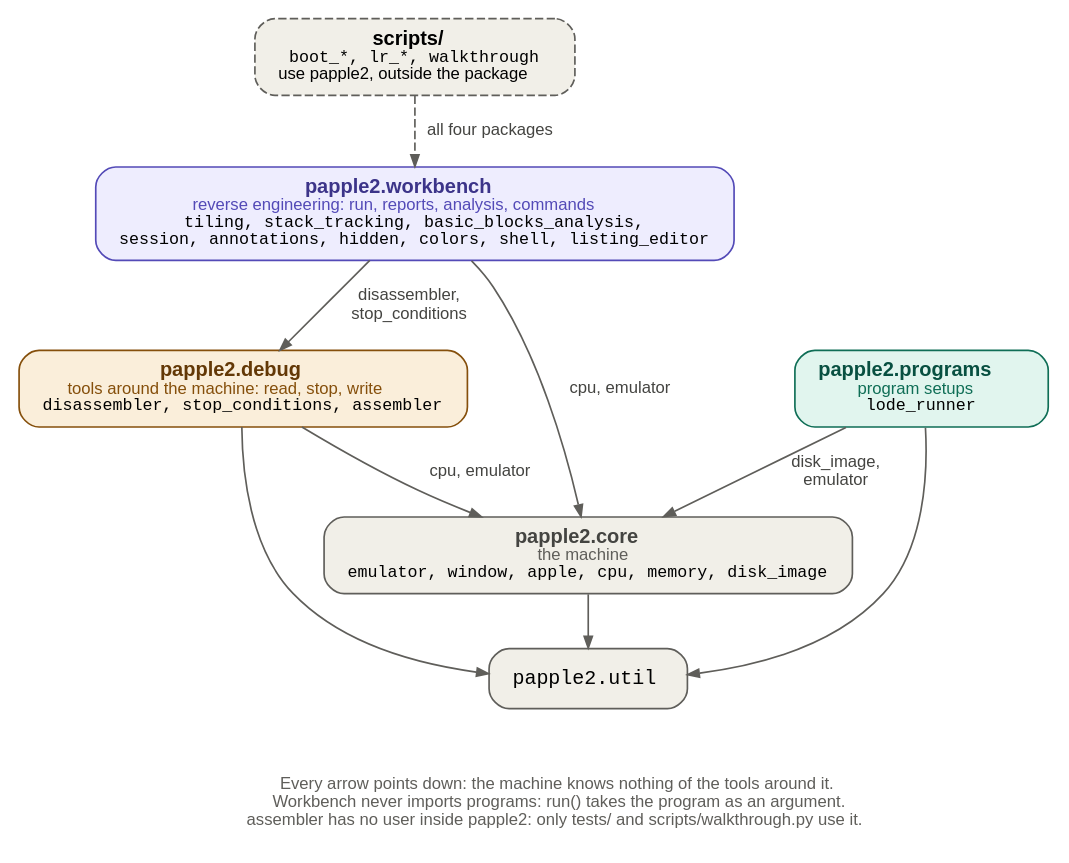
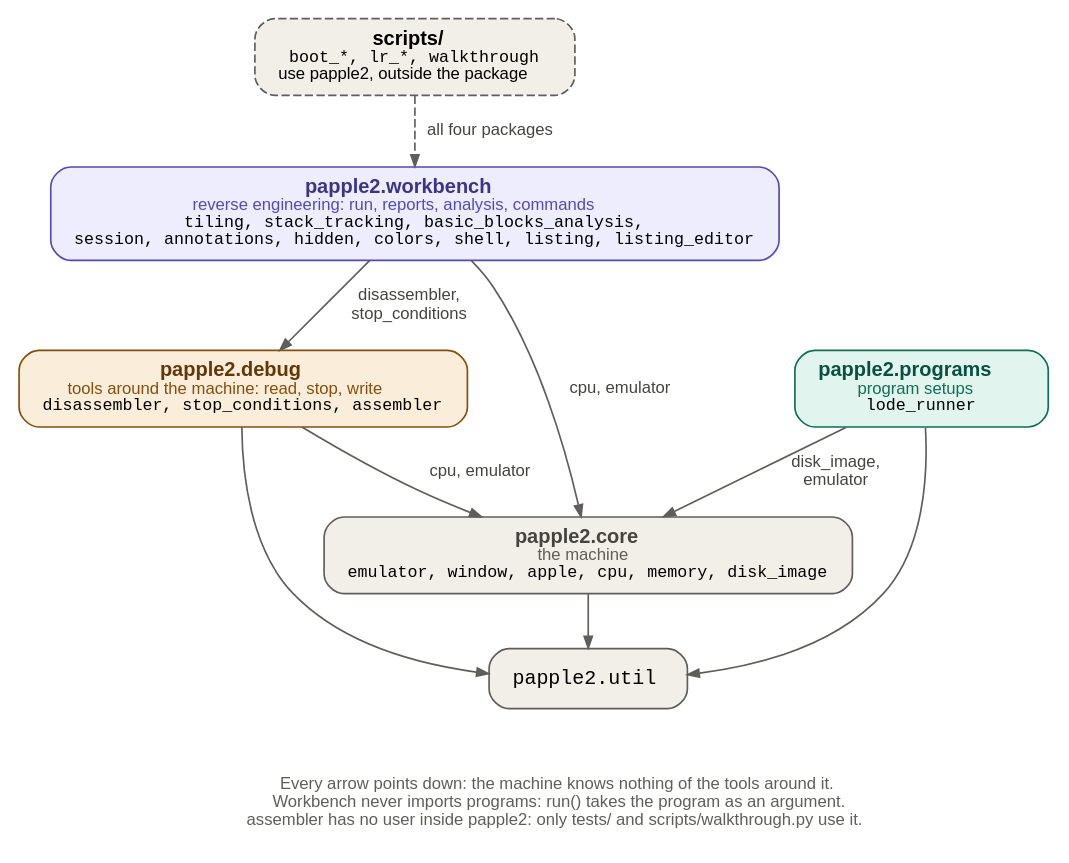
One commit to fschuhi/papple2 changed the diagram in docs/diagrams/packages.dot. Above: the diagram before and after it, drawn with Graphviz. The commit also changed 4 other files, not shown here.

```diff
--- a/docs/diagrams/packages.dot
+++ b/docs/diagrams/packages.dot
@@ -1,45 +1,45 @@
 // Overview: the four packages of papple2 and who imports whom.
 // The insides of workbench and core are in workbench.dot and core.dot.
 //
 // An arrow points from the package that imports to the package imported,
 // labelled with the modules imported. Rendered by `make presentation`.
 
 digraph packages {
     rankdir=TB;
     newrank=true;
     size="13.3,7.5";
     nodesep=0.5;
     ranksep=0.45;
     bgcolor="white";
     fontname="Helvetica";
     node [shape=box, style="rounded,filled", fontname="Helvetica", fontsize=12,
           color="#5F5E5A", penwidth=1, margin="0.2,0.1"];
     edge [color="#5F5E5A", fontname="Helvetica", fontsize=10, fontcolor="#444441",
           arrowsize=0.7];
 
     scripts [style="rounded,filled,dashed", fillcolor="#F1EFE8", label=<<B>scripts/</B><BR/><FONT POINT-SIZE="10" FACE="monospace">boot_*, lr_*, walkthrough</FONT><BR/><FONT POINT-SIZE="10">use papple2, outside the package</FONT>>];
 
-    workbench [fillcolor="#EEEDFE", color="#534AB7", label=<<FONT COLOR="#3C3489"><B>papple2.workbench</B></FONT><BR/><FONT POINT-SIZE="10" COLOR="#534AB7">reverse engineering: run, reports, analysis, commands</FONT><BR/><FONT POINT-SIZE="10" FACE="monospace">tiling, stack_tracking, basic_blocks_analysis,<BR/>session, annotations, hidden, colors, shell, listing_editor</FONT>>];
+    workbench [fillcolor="#EEEDFE", color="#534AB7", label=<<FONT COLOR="#3C3489"><B>papple2.workbench</B></FONT><BR/><FONT POINT-SIZE="10" COLOR="#534AB7">reverse engineering: run, reports, analysis, commands</FONT><BR/><FONT POINT-SIZE="10" FACE="monospace">tiling, stack_tracking, basic_blocks_analysis,<BR/>session, annotations, hidden, colors, shell, listing, listing_editor</FONT>>];
 
     debug [fillcolor="#FAEEDA", color="#854F0B", label=<<FONT COLOR="#633806"><B>papple2.debug</B></FONT><BR/><FONT POINT-SIZE="10" COLOR="#854F0B">tools around the machine: read, stop, write</FONT><BR/><FONT POINT-SIZE="10" FACE="monospace">disassembler, stop_conditions, assembler</FONT>>];
 
     programs [fillcolor="#E1F5EE", color="#0F6E56", label=<<FONT COLOR="#085041"><B>papple2.programs</B></FONT><BR/><FONT POINT-SIZE="10" COLOR="#0F6E56">program setups</FONT><BR/><FONT POINT-SIZE="10" FACE="monospace">lode_runner</FONT>>];
 
     core [fillcolor="#F1EFE8", color="#5F5E5A", label=<<FONT COLOR="#444441"><B>papple2.core</B></FONT><BR/><FONT POINT-SIZE="10" COLOR="#5F5E5A">the machine</FONT><BR/><FONT POINT-SIZE="10" FACE="monospace">emulator, window, apple, cpu, memory, disk_image</FONT>>];
 
     util [fillcolor="#F1EFE8", label=<<FONT FACE="monospace">papple2.util</FONT>>];
 
     { rank=same; debug; programs; }
 
     scripts -> workbench [style=dashed, label=" all four packages "];
     workbench -> debug [label=" disassembler,\n stop_conditions "];
     workbench -> core [label=" cpu, emulator "];
     debug -> core [label=" cpu, emulator "];
     programs -> core [label=" disk_image,\n emulator "];
     core -> util;
     debug -> util;
     programs -> util;
 
     note [shape=plaintext, style="", fontsize=10, fontcolor="#5F5E5A", label=<Every arrow points down: the machine knows nothing of the tools around it.<BR/>Workbench never imports programs: run() takes the program as an argument.<BR/>assembler has no user inside papple2: only tests/ and scripts/walkthrough.py use it.>];
     util -> note [style=invis];
 }
```
